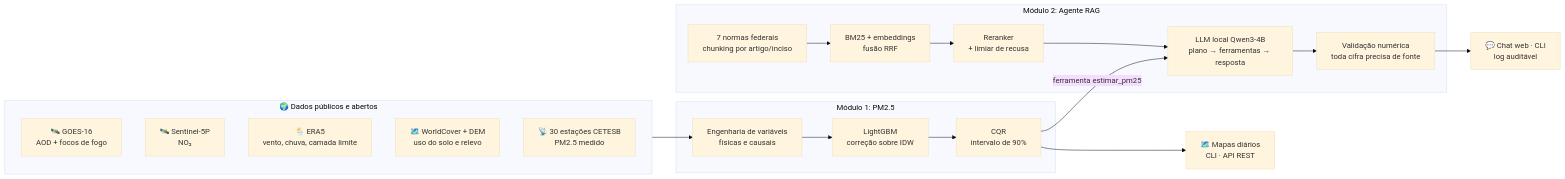
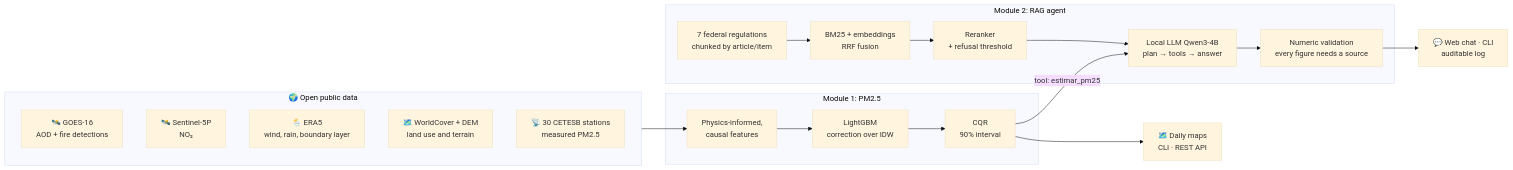
One commit to LucasBetioli123/AirIQ-SP changed the first of 4 diagrams in README.md. Above: the diagram before and after it, drawn with Mermaid (base theme). The commit also changed other lines of this file and 14 other files, not shown here.

````diff
--- a/README.md
+++ b/README.md
@@ -37,31 +41,31 @@
 ```mermaid
 flowchart LR
-    subgraph Dados["🌍 Dados públicos e abertos"]
-        A1["🛰️ GOES-16<br/>AOD + focos de fogo"]
+    subgraph Data["🌍 Open public data"]
+        A1["🛰️ GOES-16<br/>AOD + fire detections"]
         A2["🛰️ Sentinel-5P<br/>NO₂"]
-        A3["🌦️ ERA5<br/>vento, chuva, camada limite"]
-        A4["🗺️ WorldCover + DEM<br/>uso do solo e relevo"]
-        A5["📡 30 estações CETESB<br/>PM2.5 medido"]
+        A3["🌦️ ERA5<br/>wind, rain, boundary layer"]
+        A4["🗺️ WorldCover + DEM<br/>land use and terrain"]
+        A5["📡 30 CETESB stations<br/>measured PM2.5"]
     end
 
-    subgraph M1["Módulo 1: PM2.5"]
-        B1["Engenharia de variáveis<br/>físicas e causais"]
-        B2["LightGBM<br/>correção sobre IDW"]
-        B3["CQR<br/>intervalo de 90%"]
+    subgraph M1["Module 1: PM2.5"]
+        B1["Physics-informed,<br/>causal features"]
+        B2["LightGBM<br/>correction over IDW"]
+        B3["CQR<br/>90% interval"]
         B1 --> B2 --> B3
     end
 
-    subgraph M2["Módulo 2: Agente RAG"]
-        C1["7 normas federais<br/>chunking por artigo/inciso"]
-        C2["BM25 + embeddings<br/>fusão RRF"]
-        C3["Reranker<br/>+ limiar de recusa"]
-        C4["LLM local Qwen3-4B<br/>plano → ferramentas → resposta"]
-        C5["Validação numérica<br/>toda cifra precisa de fonte"]
+    subgraph M2["Module 2: RAG agent"]
+        C1["7 federal regulations<br/>chunked by article/item"]
+        C2["BM25 + embeddings<br/>RRF fusion"]
+        C3["Reranker<br/>+ refusal threshold"]
+        C4["Local LLM Qwen3-4B<br/>plan → tools → answer"]
+        C5["Numeric validation<br/>every figure needs a source"]
         C1 --> C2 --> C3 --> C4 --> C5
     end
 
-    Dados --> B1
-    B3 -- "ferramenta estimar_pm25" --> C4
-    B3 --> O1["🗺️ Mapas diários<br/>CLI · API REST"]
-    C5 --> O2["💬 Chat web · CLI<br/>log auditável"]
+    Data --> B1
+    B3 -- "tool: estimar_pm25" --> C4
+    B3 --> O1["🗺️ Daily maps<br/>CLI · REST API"]
+    C5 --> O2["💬 Web chat · CLI<br/>auditable log"]
 ```
````
